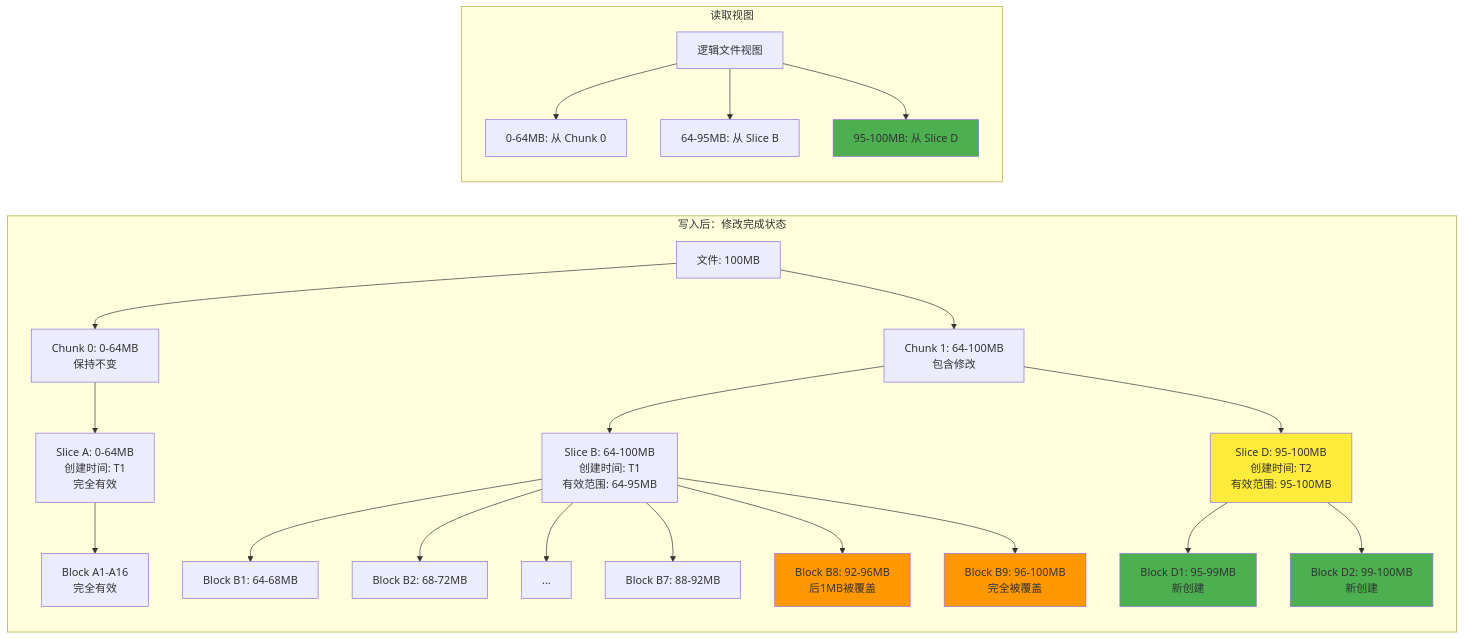
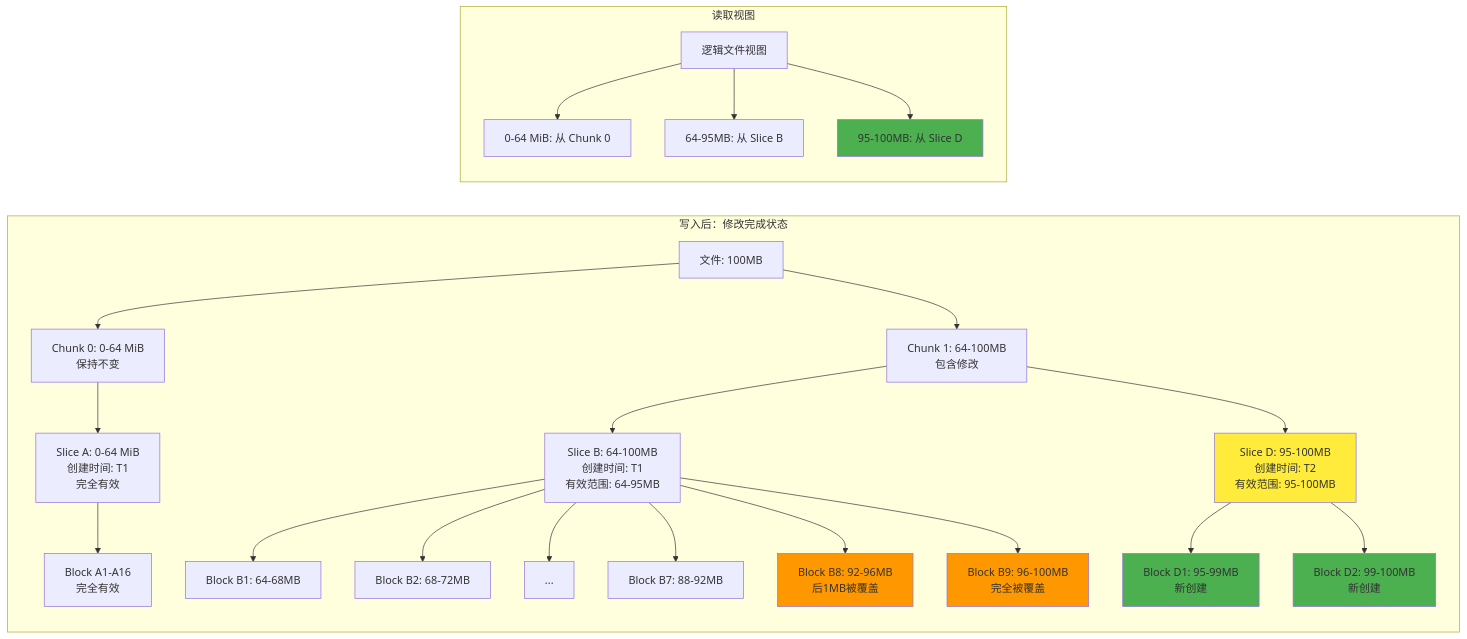
Diagram 12 of 12 in 04_cloud_native_ai_platform/storage/juicefs/01_juicefs_file_modification_mechanism_analysis.md (ForceInjection/AI-fundamentals), drawn with Mermaid before and after one commit. The commit also changed other lines of this file and 26 other files, not shown here.

````diff
--- a/04_cloud_native_ai_platform/storage/juicefs/01_juicefs_file_modification_mechanism_analysis.md
+++ b/04_cloud_native_ai_platform/storage/juicefs/01_juicefs_file_modification_mechanism_analysis.md
@@ -632,37 +607,37 @@
 ```mermaid
 graph LR
     subgraph "写入后：修改完成状态"
-        A2[文件: 100MB] --> B3[Chunk 0: 0-64MB<br/>保持不变]
+        A2[文件: 100MB] --> B3[Chunk 0: 0-64 MiB<br/>保持不变]
         A2 --> B4[Chunk 1: 64-100MB<br/>包含修改]
         
-        B3 --> C3[Slice A: 0-64MB<br/>创建时间: T1<br/>完全有效]
+        B3 --> C3[Slice A: 0-64 MiB<br/>创建时间: T1<br/>完全有效]
         
         B4 --> C4[Slice B: 64-100MB<br/>创建时间: T1<br/>有效范围: 64-95MB]
         B4 --> C5[Slice D: 95-100MB<br/>创建时间: T2<br/>有效范围: 95-100MB]
         
         C3 --> D8[Block A1-A16<br/>完全有效]
         
         C4 --> D9[Block B1: 64-68MB]
         C4 --> D10[Block B2: 68-72MB]
         C4 --> D11[...]
         C4 --> D12[Block B7: 88-92MB]
         C4 --> D13[Block B8: 92-96MB<br/>后1MB被覆盖]
         C4 --> D14[Block B9: 96-100MB<br/>完全被覆盖]
         
         C5 --> E3[Block D1: 95-99MB<br/>新创建]
         C5 --> E4[Block D2: 99-100MB<br/>新创建]
     end
     
     subgraph "读取视图"
-        F2[逻辑文件视图] --> G4[0-64MB: 从 Chunk 0]
+        F2[逻辑文件视图] --> G4[0-64 MiB: 从 Chunk 0]
         F2 --> G5[64-95MB: 从 Slice B]
         F2 --> G6[95-100MB: 从 Slice D]
     end
     
     style C5 fill:#ffeb3b
     style E3 fill:#4caf50
     style E4 fill:#4caf50
     style D13 fill:#ff9800
     style D14 fill:#ff9800
     style G6 fill:#4caf50
 ```
````
